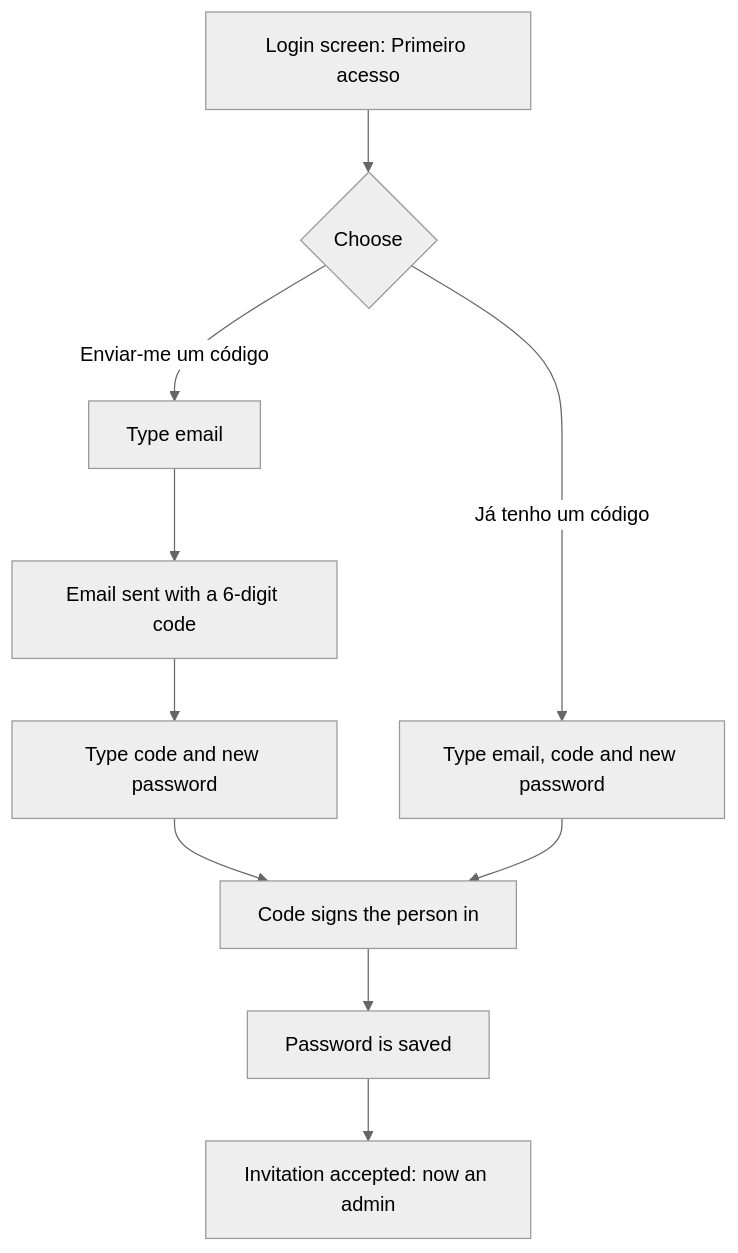
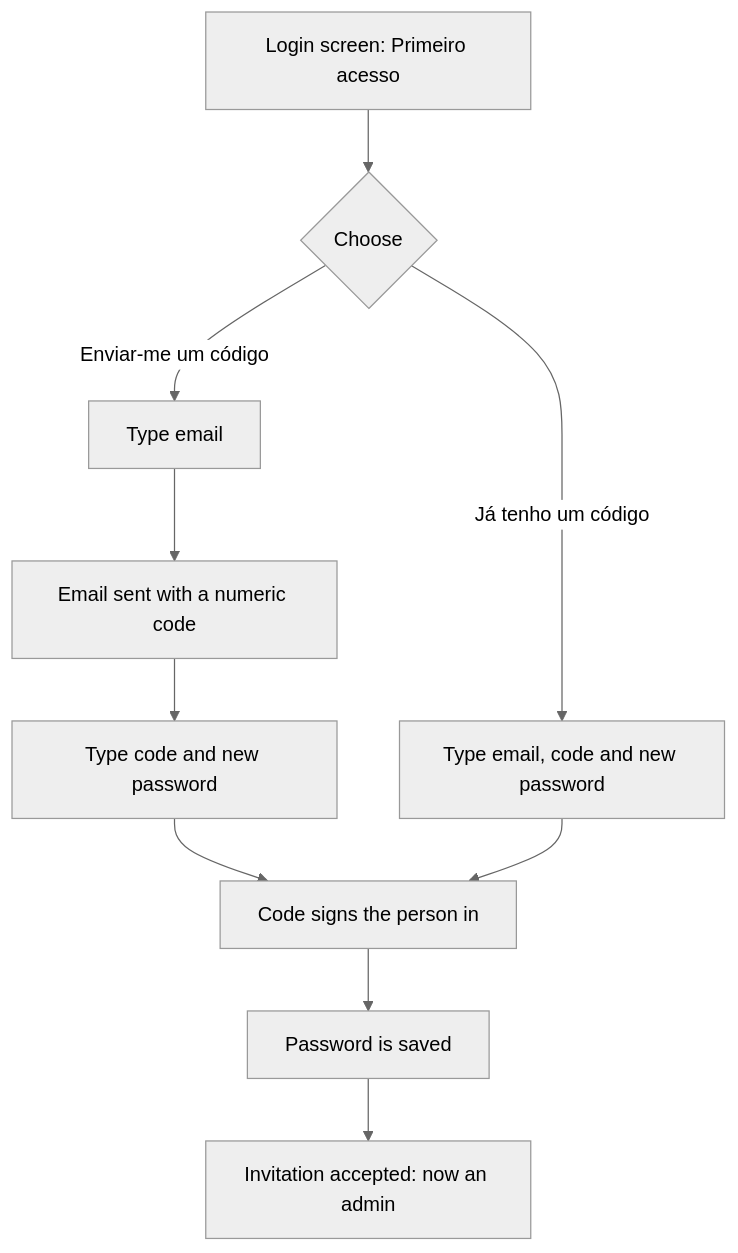
The third of 3 diagrams in docs/auth-and-admins.md (GoncaloAzev14/loko_fees), drawn with Mermaid (neutral theme) before and after one commit. The commit also changed 6 other files, not shown here.

````diff
--- a/docs/auth-and-admins.md
+++ b/docs/auth-and-admins.md
@@ -78,12 +78,12 @@
 ```mermaid
 flowchart TD
     A[Login screen: Primeiro acesso] --> B{Choose}
     B -->|Enviar-me um código| C[Type email]
-    C --> D[Email sent with a 6-digit code]
+    C --> D[Email sent with a numeric code]
     D --> E[Type code and new password]
     B -->|Já tenho um código| F[Type email, code and new password]
     E --> G[Code signs the person in]
     F --> G
     G --> H[Password is saved]
     H --> I[Invitation accepted: now an admin]
 ```
````
